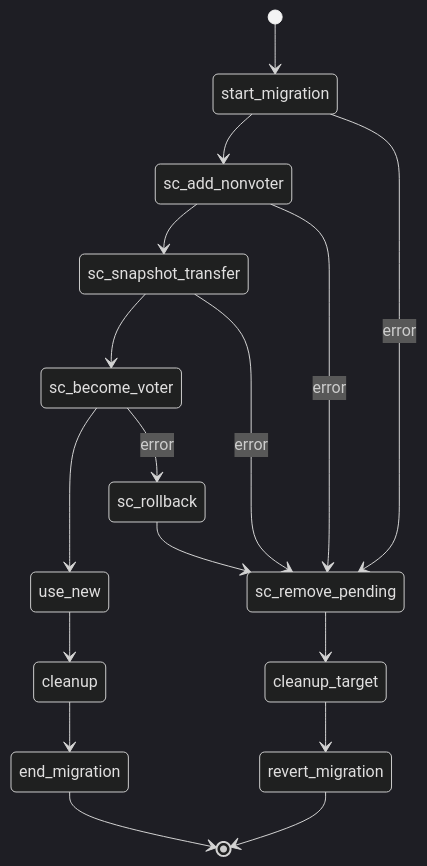
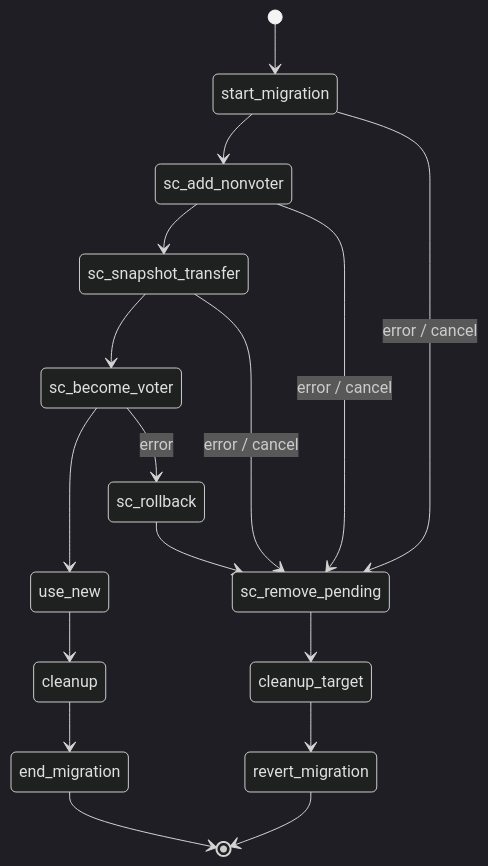
Before and after one commit to scylladb/scylladb: the fourth of 4 diagrams in docs/dev/topology-over-raft.md, drawn with Mermaid (dark theme). The commit also changed other lines of this file and 1 other file, not shown here.

````diff
--- a/docs/dev/topology-over-raft.md
+++ b/docs/dev/topology-over-raft.md
@@ -493,19 +555,19 @@
 ```mermaid
 stateDiagram-v2
     [*] --> start_migration
     start_migration --> sc_add_nonvoter
     sc_add_nonvoter --> sc_snapshot_transfer
     sc_snapshot_transfer --> sc_become_voter
     sc_become_voter --> use_new
     use_new --> cleanup
     cleanup --> end_migration
     end_migration --> [*]
-    start_migration --> sc_remove_pending: error
-    sc_add_nonvoter --> sc_remove_pending: error
-    sc_snapshot_transfer --> sc_remove_pending: error
+    start_migration --> sc_remove_pending: error / cancel
+    sc_add_nonvoter --> sc_remove_pending: error / cancel
+    sc_snapshot_transfer --> sc_remove_pending: error / cancel
     sc_become_voter --> sc_rollback: error
     sc_rollback --> sc_remove_pending
     sc_remove_pending --> cleanup_target
     cleanup_target --> revert_migration
     revert_migration --> [*]
 ```
````
